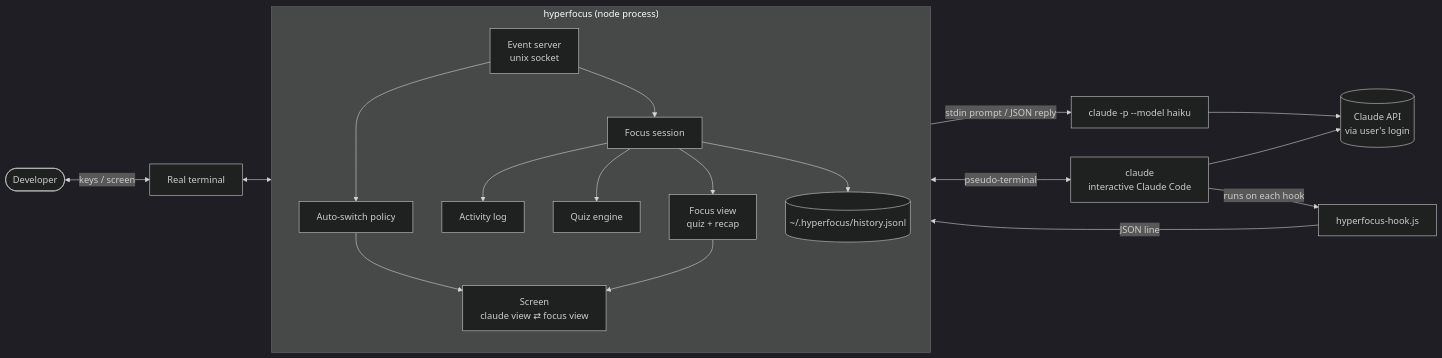
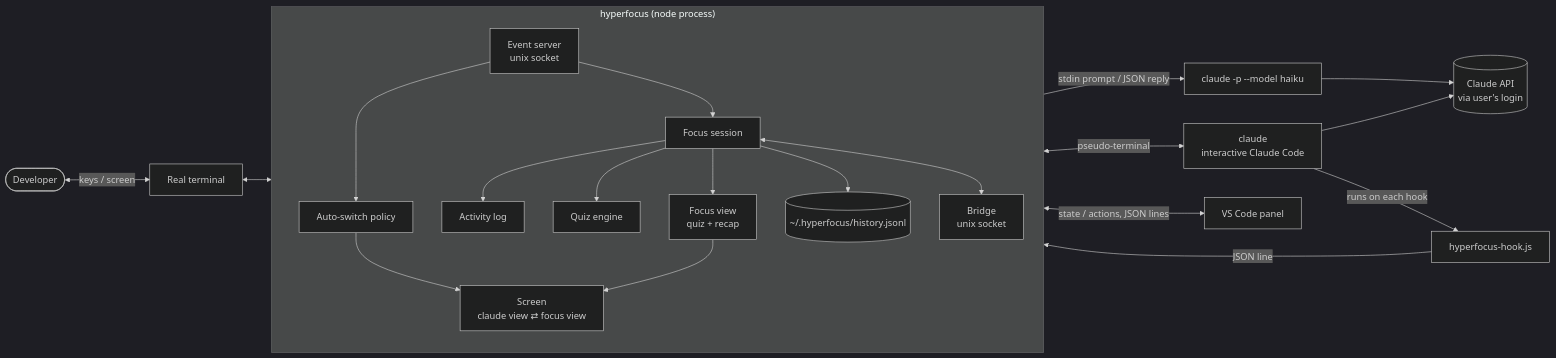
The first of 13 diagrams in docs/ARCHITECTURE.md (TEJASVISJAIN/hyperfocus), drawn with Mermaid (dark theme) before and after one commit. The commit also changed other lines of this file and 9 other files, not shown here.

First line of the commit message:
Panel bridge: publish live session state and accept actions over a local socket

````diff
--- a/docs/ARCHITECTURE.md
+++ b/docs/ARCHITECTURE.md
@@ -22,33 +22,36 @@
 ```mermaid
 flowchart LR
     user([Developer]) <-->|keys / screen| tty[Real terminal]
     tty <--> hyperfocus
 
     subgraph hyperfocus["hyperfocus (node process)"]
         direction TB
         screen[Screen<br/>claude view ⇄ focus view]
         policy[Auto-switch policy]
         session[Focus session]
         log[Activity log]
         engine[Quiz engine]
         view[Focus view<br/>quiz + recap]
         server[Event server<br/>unix socket]
+        bridge[Bridge<br/>unix socket]
         history[(~/.hyperfocus/history.jsonl)]
     end
 
     hyperfocus <-->|pseudo-terminal| claude[claude<br/>interactive Claude Code]
     claude -->|runs on each hook| hook[hyperfocus-hook.js]
     hook -->|JSON line| server
     engine -->|stdin prompt / JSON reply| haiku[claude -p --model haiku]
     haiku --> api[(Claude API<br/>via user's login)]
     claude --> api
 
     server --> session
     server --> policy
     session --> log
     session --> engine
     session --> view
     policy --> screen
     view --> screen
     session --> history
+    session <--> bridge
+    bridge <-->|state / actions, JSON lines| panel[VS Code panel]
 ```
````
